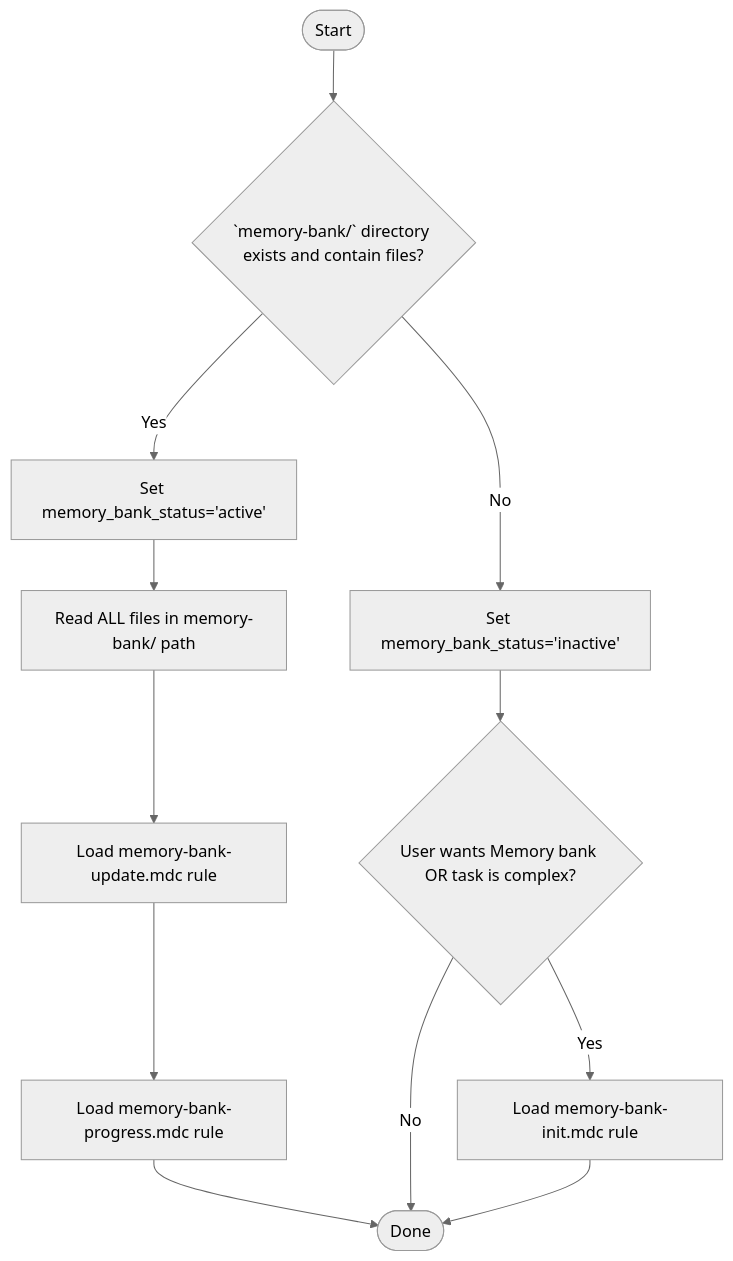
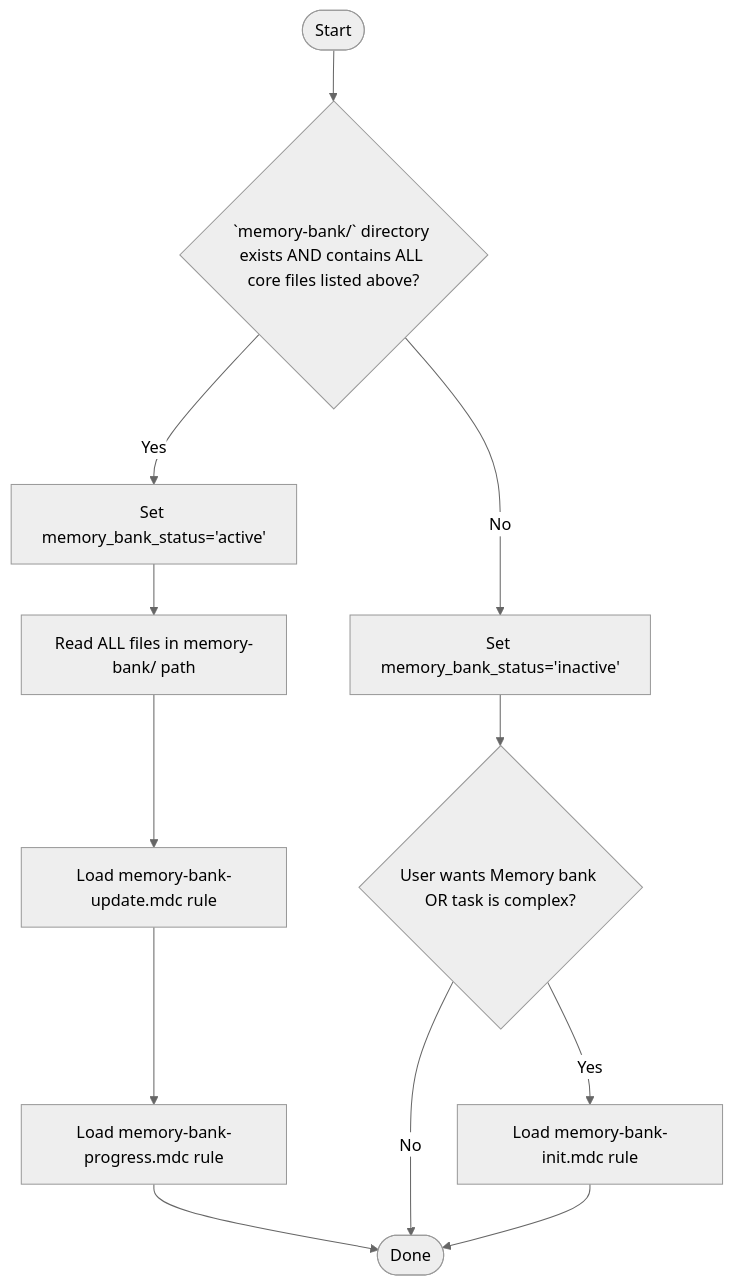
One commit to kvokka/getting-started changed the diagram in .cursor/rules/always/memory-bank-core.mdc. Above: the diagram before and after it, drawn with Mermaid (neutral theme). The commit also changed other lines of this file and 1 other file, not shown here.

First line of the commit message:
feat(memory-bank): improve memory bank initialization

````diff
--- a/.cursor/rules/always/memory-bank-core.mdc
+++ b/.cursor/rules/always/memory-bank-core.mdc
@@ -14,17 +22,17 @@
 ```mermaid
 flowchart TD
-    Start([Start]) --> CheckMB{`memory-bank/` directory exists and contain files?}
+    Start([Start]) --> CheckMB{`memory-bank/` directory exists AND contains ALL core files listed above?}
 
     CheckMB -->|No| SetInactive[Set memory_bank_status='inactive']
     CheckMB -->|Yes| SetActive[Set memory_bank_status='active']
 
     SetActive --> ReadFiles[Read ALL files in memory-bank/ path]
     ReadFiles --> LoadUpdateRule[Load memory-bank-update.mdc rule]
     LoadUpdateRule --> LoadProgressRule[Load memory-bank-progress.mdc rule]
     LoadProgressRule --> Done
 
     SetInactive --> CheckInit{User wants Memory bank OR task is complex?}
     CheckInit -->|Yes| LoadInitRule[Load memory-bank-init.mdc rule]
     CheckInit -->|No| Done
     LoadInitRule --> Done([Done])
 ```
````
